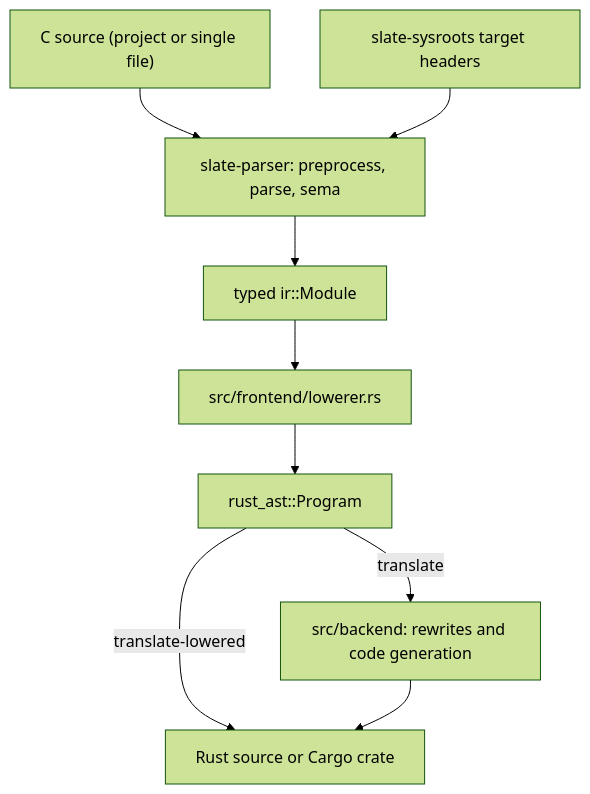
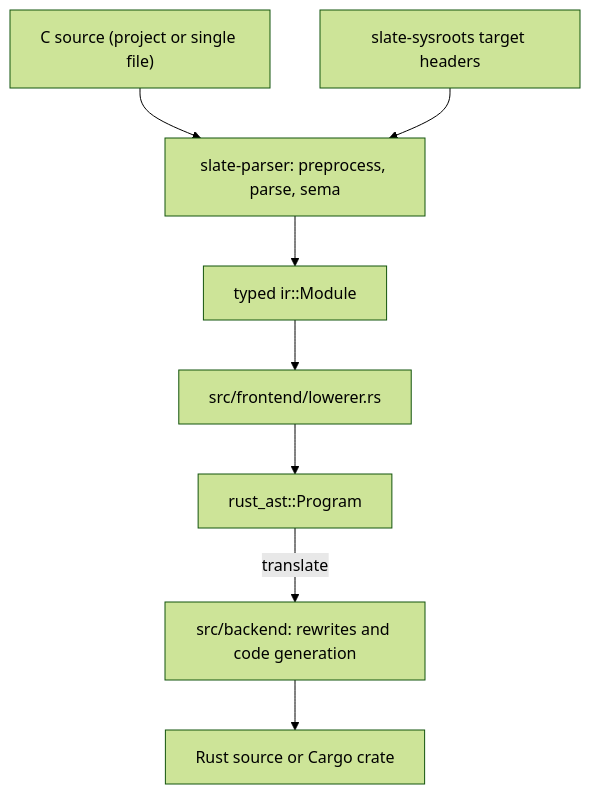
Before and after one commit to Takashiidobe/slate: the diagram in crates/slate/docs/src/diagrams/architecture.mmd, drawn with Mermaid (forest theme). The commit also changed 51 other files, not shown here.

Commit message:
Keep address-taken mergeable functions in distinct link sections; drop translate-lowered and raw modes so rewrites are always on

```diff
--- a/crates/slate/docs/src/diagrams/architecture.mmd
+++ b/crates/slate/docs/src/diagrams/architecture.mmd
@@ -1,15 +1,14 @@
 flowchart TD
     C["C source (project or single file)"]
     Headers["slate-sysroots target headers"]
     Parser["slate-parser: preprocess, parse, sema"]
     IR["typed ir::Module"]
     Lowerer["src/frontend/lowerer.rs"]
     Baseline["rust_ast::Program"]
     Backend["src/backend: rewrites and code generation"]
     Rust["Rust source or Cargo crate"]
 
     C --> Parser
     Headers --> Parser
     Parser --> IR --> Lowerer --> Baseline
-    Baseline -->|translate-lowered| Rust
     Baseline -->|translate| Backend --> Rust
```
